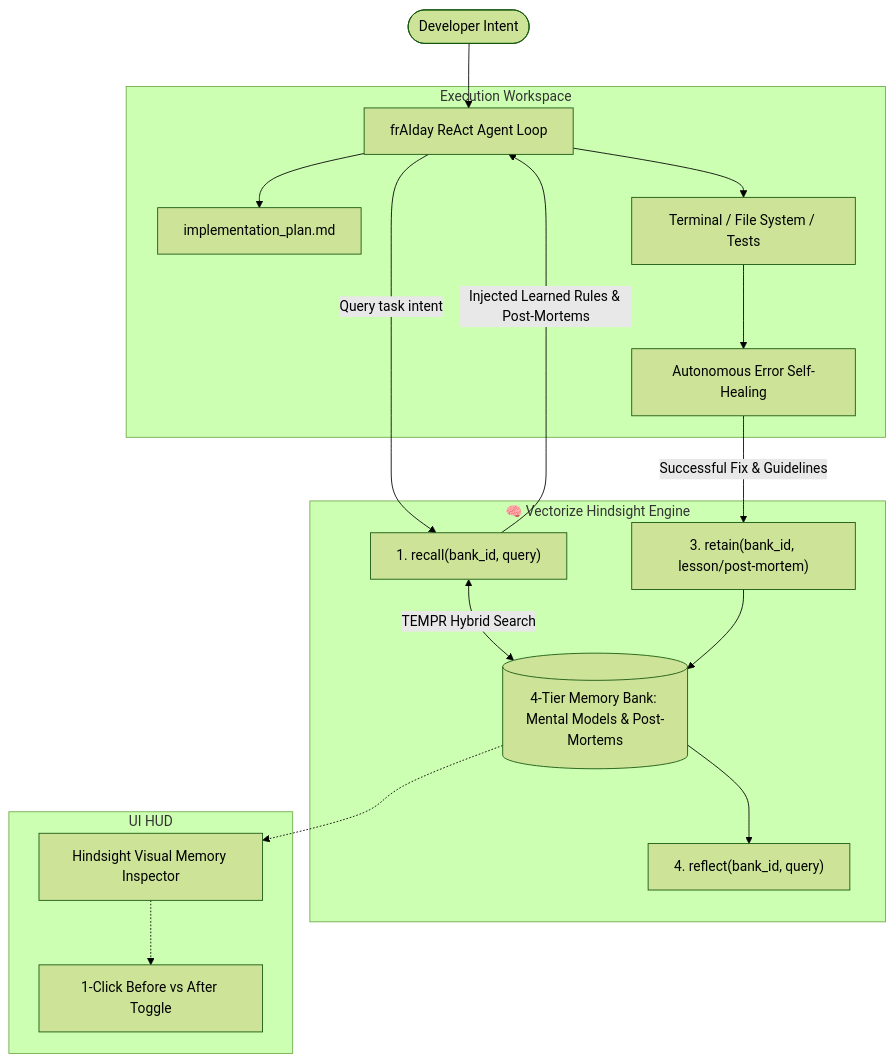
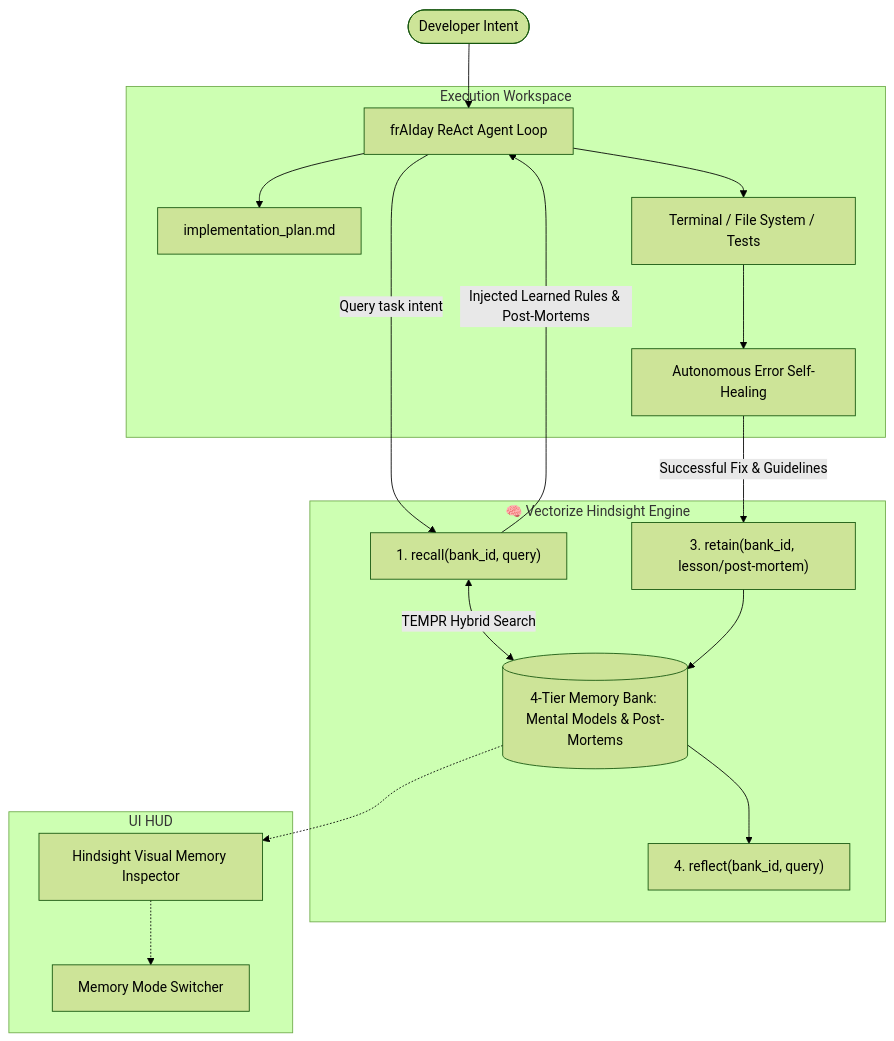
One commit to Varshith4611C/frAIday changed the diagram in ARTICLE.md. Above: the diagram before and after it, drawn with Mermaid (forest theme). The commit also changed 6 other files, not shown here.

````diff
--- a/ARTICLE.md
+++ b/ARTICLE.md
@@ -77,30 +77,30 @@
 ```mermaid
 flowchart TD
     User([Developer Intent]) --> ReAct[frAIday ReAct Agent Loop]
 
     subgraph Hindsight Layer [🧠 Vectorize Hindsight Engine]
         HS_Recall["1. recall(bank_id, query)"]
         HS_Bank[(4-Tier Memory Bank: Mental Models & Post-Mortems)]
         HS_Retain["3. retain(bank_id, lesson/post-mortem)"]
         HS_Reflect["4. reflect(bank_id, query)"]
     end
 
     ReAct -->|Query task intent| HS_Recall
     HS_Recall <-->|TEMPR Hybrid Search| HS_Bank
     HS_Recall -->|Injected Learned Rules & Post-Mortems| ReAct
 
     subgraph Execution Workspace
         ReAct --> Plan[implementation_plan.md]
         ReAct --> Exec[Terminal / File System / Tests]
         Exec --> SelfHeal[Autonomous Error Self-Healing]
     end
 
     SelfHeal -->|Successful Fix & Guidelines| HS_Retain
     HS_Retain --> HS_Bank
     HS_Bank --> HS_Reflect
 
     subgraph UI HUD
         HS_Bank -.-> VisualHUD[Hindsight Visual Memory Inspector]
-        VisualHUD -.-> DemoToggle[1-Click Before vs After Toggle]
+        VisualHUD -.-> ModeToggle[Memory Mode Switcher]
     end
 ```
````
